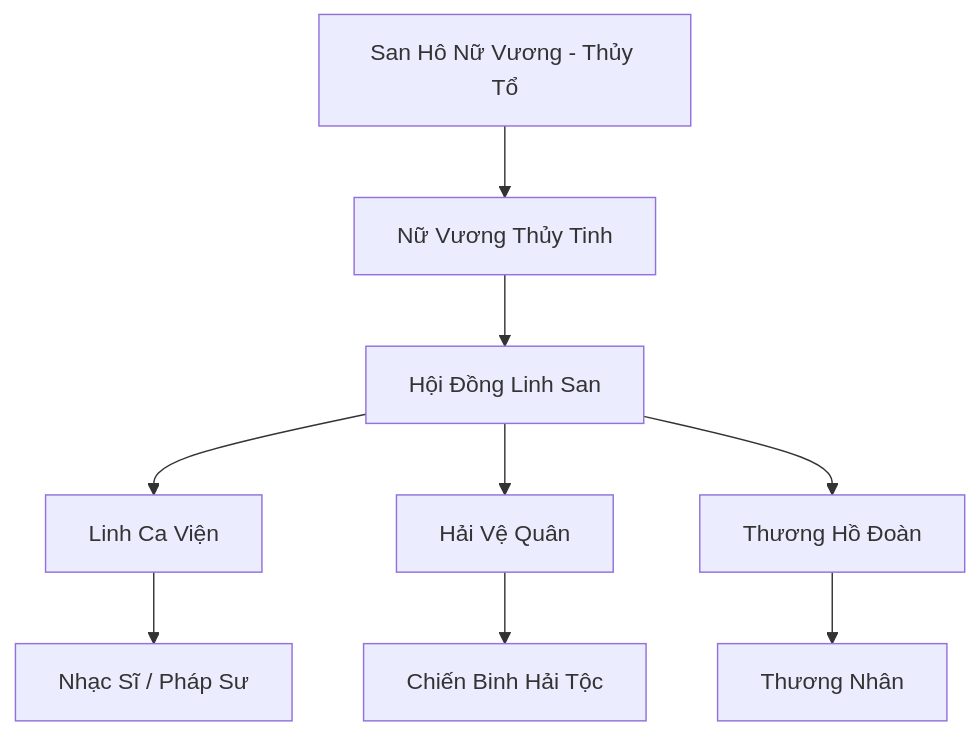
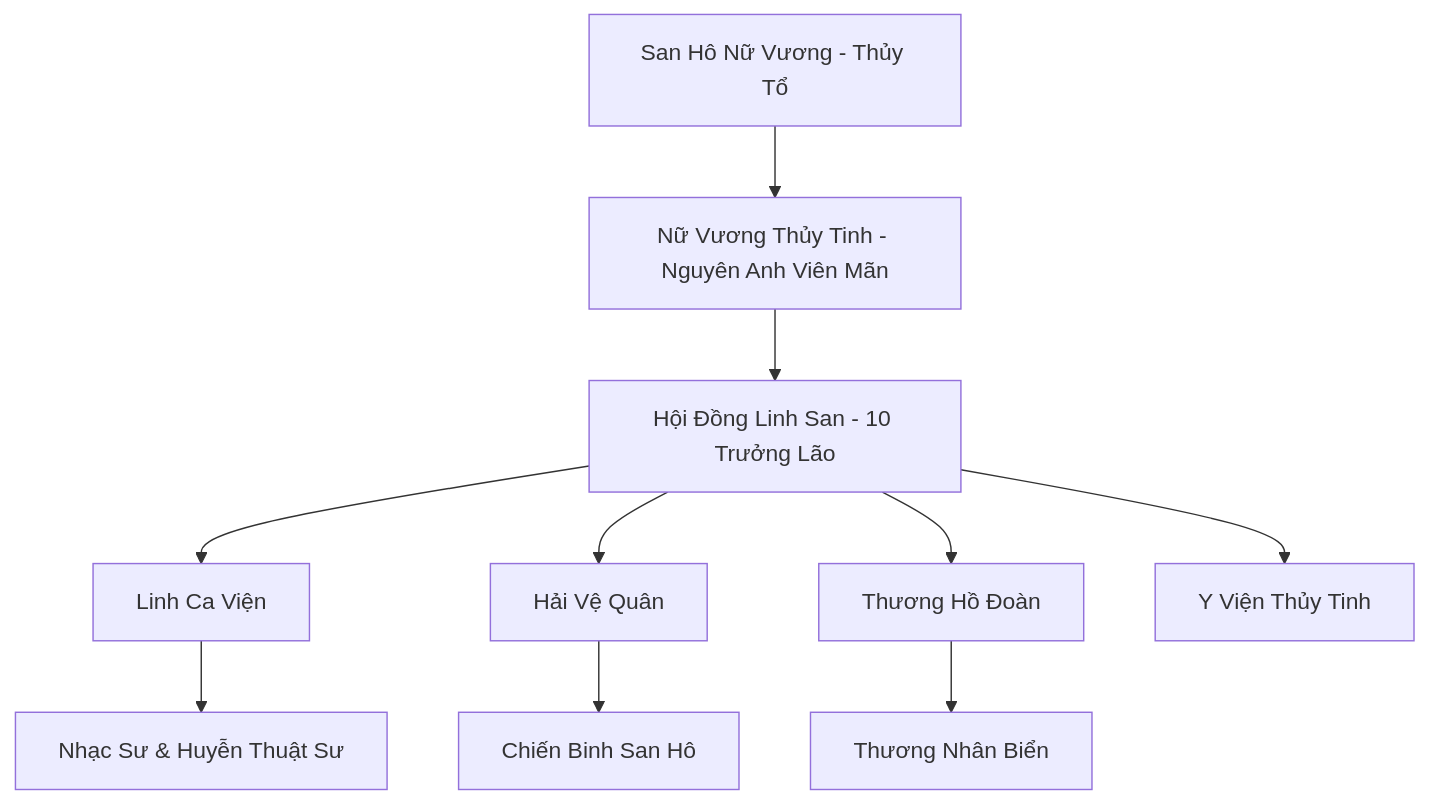
The first of 2 diagrams in Đạo/Thế_Lực/Vô_Tận_Hải/San_Hô_Đảo_Quốc.md (Sampi314/Obsidian_Novel_v2), drawn with Mermaid before and after one commit. The commit also changed other lines of this file and 1 other file, not shown here.

Commit message:
Mở rộng hồ sơ San Hô Đảo Quốc và Vực Thẳm Ma Cung (Vô Tận Hải)

````diff
--- a/Đạo/Thế_Lực/Vô_Tận_Hải/San_Hô_Đảo_Quốc.md
+++ b/Đạo/Thế_Lực/Vô_Tận_Hải/San_Hô_Đảo_Quốc.md
@@ -94,11 +94,12 @@
 ```mermaid
 graph TD
-    SHTZ[San Hô Nữ Vương - Thủy Tổ] --> NV[Nữ Vương Thủy Tinh]
-    NV --> HDQL[Hội Đồng Linh San]
-    HDQL --> LCV[Linh Ca Viện]
-    HDQL --> HVQ[Hải Vệ Quân]
-    HDQL --> THĐ[Thương Hồ Đoàn]
-    LCV --> NCS[Nhạc Sĩ / Pháp Sư]
-    HVQ --> CB[Chiến Binh Hải Tộc]
-    THĐ --> TN[Thương Nhân]
+    SHTZ[San Hô Nữ Vương - Thủy Tổ] --> NV[Nữ Vương Thủy Tinh - Nguyên Anh Viên Mãn]
+    NV --> HDLS[Hội Đồng Linh San - 10 Trưởng Lão]
+    HDLS --> LCV[Linh Ca Viện]
+    HDLS --> HVQ[Hải Vệ Quân]
+    HDLS --> THĐ[Thương Hồ Đoàn]
+    HDLS --> YV[Y Viện Thủy Tinh]
+    LCV --> NCS[Nhạc Sư & Huyễn Thuật Sư]
+    HVQ --> CB[Chiến Binh San Hô]
+    THĐ --> TN[Thương Nhân Biển]
 ```
````
